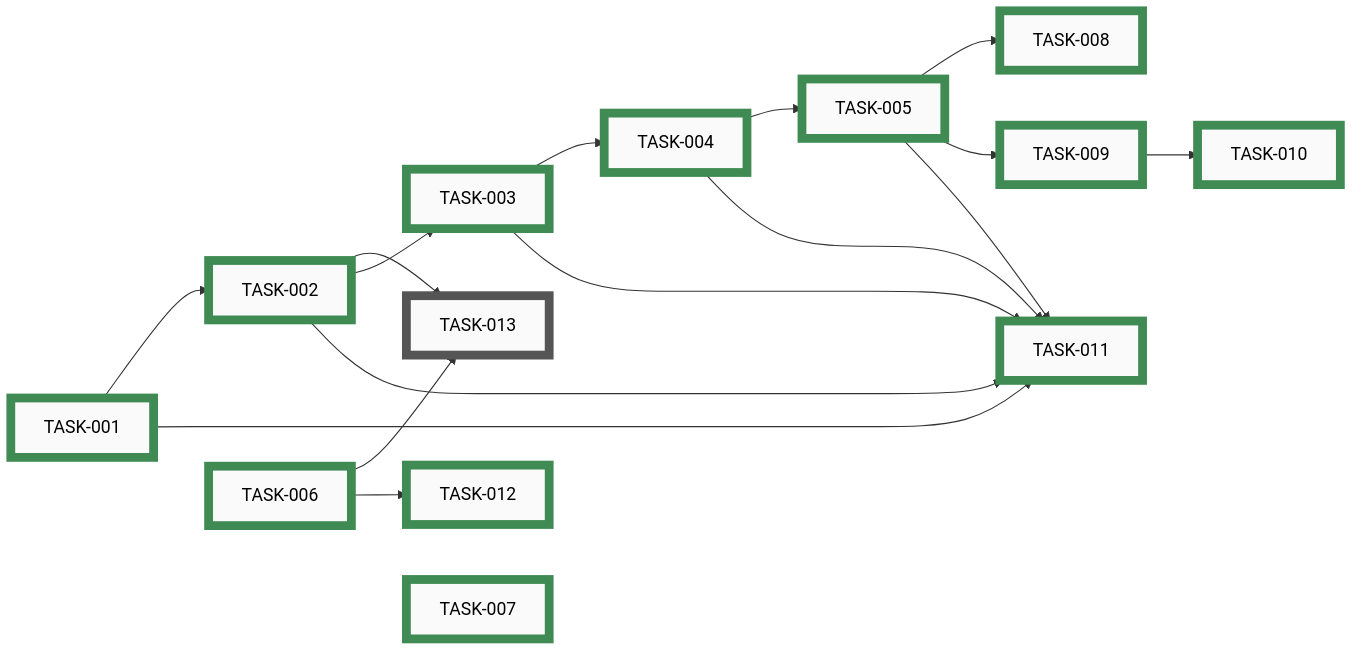
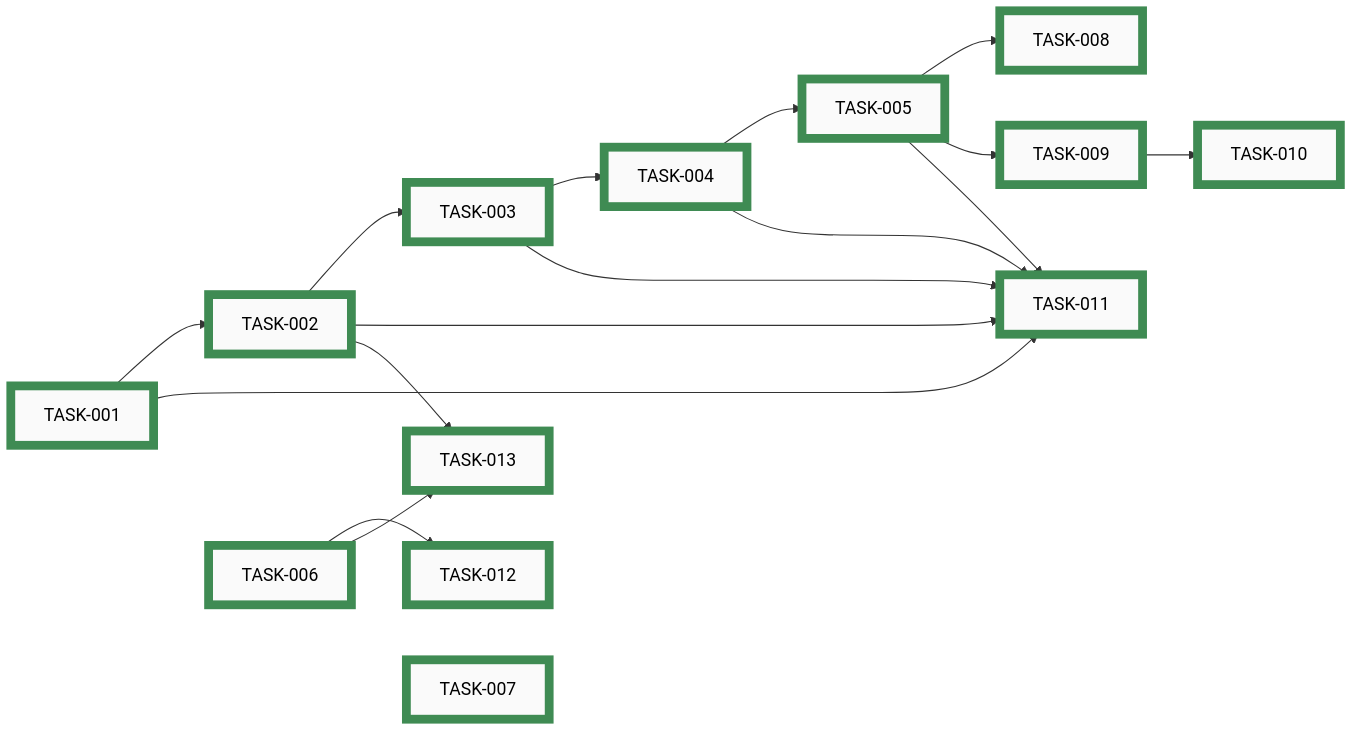
Before and after one commit to tgd1975/PartsLedger: the diagram in docs/developers/tasks/EPICS.md, drawn with Mermaid. The commit also changed other lines of this file and 4 other files, not shown here.

First line of the commit message:
close TASK-013: Apply server-side branch protection to main

````diff
--- a/docs/developers/tasks/EPICS.md
+++ b/docs/developers/tasks/EPICS.md
@@ -21,53 +21,53 @@
 ```mermaid
 graph LR
-    TASK_013["TASK-013"]:::open
     TASK_001["TASK-001"]:::closed
     TASK_002["TASK-002"]:::closed
     TASK_003["TASK-003"]:::closed
     TASK_004["TASK-004"]:::closed
     TASK_005["TASK-005"]:::closed
     TASK_006["TASK-006"]:::closed
     TASK_007["TASK-007"]:::closed
     TASK_008["TASK-008"]:::closed
     TASK_009["TASK-009"]:::closed
     TASK_010["TASK-010"]:::closed
     TASK_011["TASK-011"]:::closed
     TASK_012["TASK-012"]:::closed
-    TASK_002 --> TASK_013
-    TASK_006 --> TASK_013
+    TASK_013["TASK-013"]:::closed
     TASK_001 --> TASK_002
     TASK_002 --> TASK_003
     TASK_003 --> TASK_004
     TASK_004 --> TASK_005
     TASK_005 --> TASK_008
     TASK_005 --> TASK_009
     TASK_009 --> TASK_010
     TASK_001 --> TASK_011
     TASK_002 --> TASK_011
     TASK_003 --> TASK_011
     TASK_004 --> TASK_011
     TASK_005 --> TASK_011
     TASK_006 --> TASK_012
+    TASK_002 --> TASK_013
+    TASK_006 --> TASK_013
     TASK_001 ~~~ TASK_006 ~~~ TASK_007
-    click TASK_013 "open/task-013-apply-branch-protection.md"
     click TASK_001 "closed/task-001-delete-sync-layer.md"
     click TASK_002 "closed/task-002-python-skeleton.md"
     click TASK_003 "closed/task-003-replace-pre-commit.md"
     click TASK_004 "closed/task-004-upgrade-commit-skill.md"
     click TASK_005 "closed/task-005-settings-json.md"
     click TASK_006 "closed/task-006-docs-verbatim-port.md"
     click TASK_007 "closed/task-007-architecture-doc.md"
     click TASK_008 "closed/task-008-security-review-hooks.md"
     click TASK_009 "closed/task-009-codeowner-mechanism.md"
     click TASK_010 "closed/task-010-codeowner-starter-skills.md"
     click TASK_011 "closed/task-011-claude-md-rewrite.md"
     click TASK_012 "closed/task-012-epic-run-and-autonomy.md"
+    click TASK_013 "closed/task-013-apply-branch-protection.md"
     classDef open    fill:#FAFAFA,stroke:#555,stroke-width:8px,color:#000
     classDef active  fill:#FAFAFA,stroke:#1A6FA8,stroke-width:8px,color:#000
     classDef closed  fill:#FAFAFA,stroke:#3F8B53,stroke-width:8px,color:#000
     classDef paused  fill:#FAFAFA,stroke:#B07810,stroke-width:8px,color:#000
     classDef openExt    fill:#000,stroke:#888,stroke-width:8px,color:#FFF
     classDef activeExt  fill:#000,stroke:#3FA9F5,stroke-width:8px,color:#FFF
     classDef closedExt  fill:#000,stroke:#7CC68A,stroke-width:8px,color:#FFF
     classDef pausedExt  fill:#000,stroke:#F0B030,stroke-width:8px,color:#FFF
 ```
````
